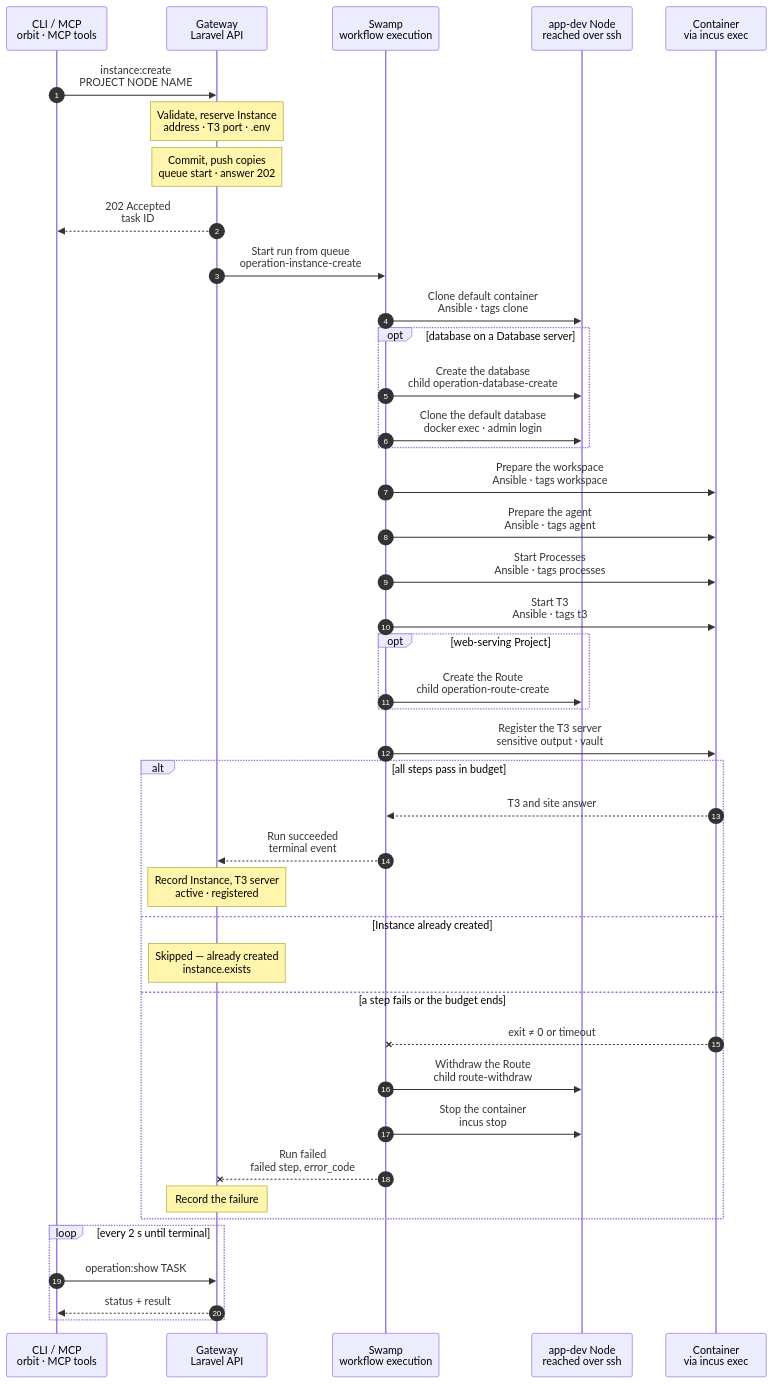
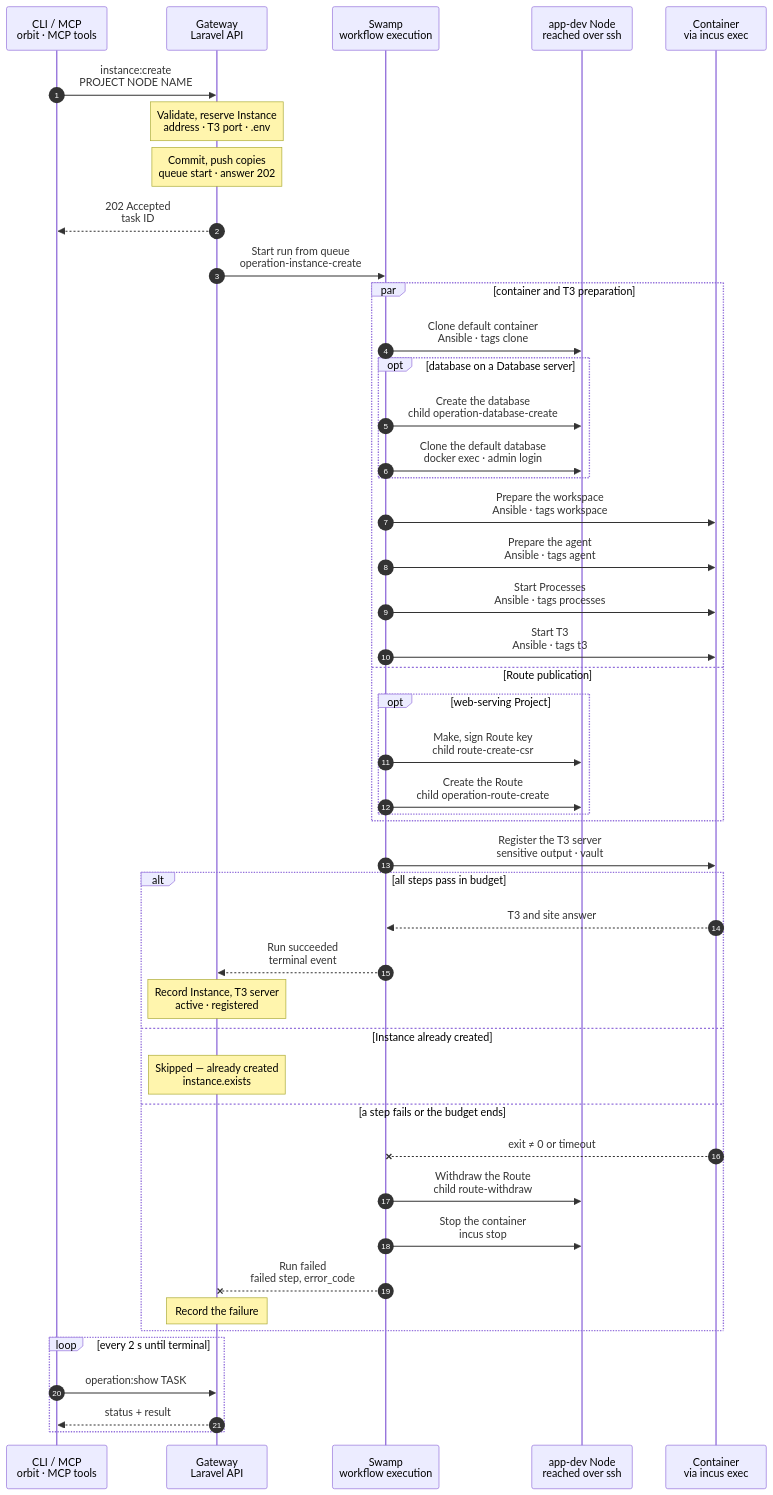
The diagram in docs/cli/instance/container/create.mmd (hardimpactdev/orbit), drawn with Mermaid before and after one commit. The commit also changed 3 other files, not shown here.

Commit message:
perf(instances): publish clone routes beside container preparation

```diff
--- a/docs/cli/instance/container/create.mmd
+++ b/docs/cli/instance/container/create.mmd
@@ -1,108 +1,114 @@
 sequenceDiagram
   %% Target design, container runtime (ADR 0250 step 3, docs/reference/development-containers.md#create): every new Instance is a ZFS clone of the Project's default Instance on its Node, with a clone of its database. Built for the Nodes of the build list. The kind and its step names follow docs/cli/instance/create.mmd; the intent's `container.clone` marks a clone. The Project's first default Instance is container/create-default.mmd; when the charts move into place, it becomes the first-default branch of this chart.
   %% status: draft
   %% command: instance:create
   %% kind: instance.create
   autonumber
   %% lane CLI icon=terminal pill=caller tone=gray
   %% lane GW icon=gateway pill=intent tone=blue
   %% lane SW icon=workflow pill=executes tone=green
   %% lane N icon=server pill=target tone=amber
   %% lane C icon=server pill=target tone=purple
   participant CLI as CLI / MCP<br/>orbit · MCP tools
   participant GW as Gateway<br/>Laravel API
   participant SW as Swamp<br/>workflow execution
   participant N as app-dev Node<br/>reached over ssh
   participant C as Container<br/>via incus exec
   CLI->>GW: instance:create<br/>PROJECT NODE NAME
   %%> Command:
   %%> - `orbit instance:create PROJECT NODE NAME`
   %%> - syntax: `<project> <node> <name> [--root=PATH] [--domain=HOST] [--branch=BRANCH] [--database-server=SLUG]`
   Note over GW: Validate, reserve Instance<br/>address · T3 port · .env
   %%> Requirements:
   %%> - the calling Node has node access to the target Node, an active `app-dev` Node
   %%> - the Project's `default` Instance runs in a container on this Node, is active and has a seed snapshot, else `instance.default_missing`
   %%> - Conn is enabled, and the model router has its guard, else `operation.kind_unavailable`
   %%> - a database on a Database server clones on the default's server; another server refuses `instance.database_clone_unsupported`
   %%> Result:
   %%> - the Instance is reserved with its runtime record: container name, bridge address, the lowest free T3 port from 3800 and the default as clone source
   %%> - `.env` is rendered from the Project's env template; it, the placeholder model key and a repository read token go to the vault
   %%> - a task is recorded with the full intent and `container.clone`
   Note over GW: Commit, push copies<br/>queue start · answer 202
   GW-->>CLI: 202 Accepted<br/>task ID
   GW->>SW: Start run from queue<br/>operation-instance-create
-  SW->>N: Clone default container<br/>Ansible · tags clone
-  %%> What it does:
-  %%> - the copy supplies the full root disk device (type, path, pool and size), whether the seed inherits it or stores it locally
-  %%> - `incus copy` of the default container's snapshot `seed-<commit>`, a ZFS clone; a stopped default needs no start
-  %%> - the copy gets its own bridge address and ACL, and the proxy device `t3`: NAT from the Node's WireGuard address and the T3 port to T3's port 3773
-  %%> - the container's ACL lets the Node's Caddy reach port 8080, WireGuard peers reach port 3773, and the container reach its database server's port
-  %%> - UFW: a route rule admits WireGuard peers to T3, below a deny for the task VM range; a rule admits the container to its database server's port
-  %%> - starts the copy: nftables, `hidepid` and the image's units start; T3 does not, because `/etc/orbit/instance` does not exist yet
-  %%> Branch:
-  %%> - fetches the Instance's branch into the Node's mirror with the read token, or creates it at the seed commit; the token stays on the Node
-  opt database on a Database server
-    SW->>N: Create the database<br/>child operation-database-create
-    %%> What it does, through the database family:
-    %%> - creates the Instance's owner and an empty database on the default's server
-    SW->>N: Clone the default database<br/>docker exec · admin login
+  par container and T3 preparation
+    SW->>N: Clone default container<br/>Ansible · tags clone
     %%> What it does:
-    %%> - PostgreSQL: refuses new connections to the default database and ends its sessions, then `CREATE DATABASE … TEMPLATE`, and gives the clone's objects to the new owner
-    %%> - a cleanup that always runs allows connections to the default database again
-    %%> - MySQL: a dump of the default database restored into the new one
-    %%> Runs beside the clone step: Swamp starts both at once.
-  end
-  SW->>C: Prepare the workspace<br/>Ansible · tags workspace
-  %%> What it does:
-  %%> - pushes the branch in as a bundle and checks it out in `/srv/workspace`; the group, setgid bits and default ACLs come with the clone
-  %%> - writes `.env` for `orbit` with group `work`; it keeps the default's `APP_KEY`, because the cloned data is encrypted with it
-  %%> No setup steps:
-  %%> - the default Instance installed the dependencies and migrated; a later lockfile change is installed in the workspace
-  SW->>C: Prepare the agent<br/>Ansible · tags agent
-  %%> What it does:
-  %%> - writes the placeholder key for `agent`, and the Claude Code and Codex settings that point at the model forwarder
-  %%> - links `~/.claude/CLAUDE.md` and `~/.codex/AGENTS.md` of `agent` to the note of the Project type
-  %%> - writes `/etc/orbit/instance`, owned by root and readable by all
-  SW->>C: Start Processes<br/>Ansible · tags processes
-  %%> What it does:
-  %%> - rewrites FrankenPHP's unit for the clone's own bridge address and restarts it as `orbit`
-  SW->>C: Start T3<br/>Ansible · tags t3
-  %%> What it does:
-  %%> - T3 starts for the first time and creates its identity; the T3 project `/srv/workspace` is added as `agent`
-  %%> Check:
-  %%> - waits up to 30 s for `/.well-known/t3/environment`, else `instance.t3_unready`
-  opt web-serving Project
-    SW->>N: Create the Route<br/>child operation-route-create
-    %%> What it adds:
-    %%> - the same steps as `route:create`, with its key and signature, then a TLS probe of the site
-    %%> - the Node's Caddy proxies the Route to FrankenPHP at the container's bridge address
+    %%> - the copy supplies the full root disk device (type, path, pool and size), whether the seed inherits it or stores it locally
+    %%> - `incus copy` of the default container's snapshot `seed-<commit>`, a ZFS clone; a stopped default needs no start
+    %%> - the copy gets its own bridge address and ACL, and the proxy device `t3`: NAT from the Node's WireGuard address and the T3 port to T3's port 3773
+    %%> - the container's ACL lets the Node's Caddy reach port 8080, WireGuard peers reach port 3773, and the container reach its database server's port
+    %%> - UFW: a route rule admits WireGuard peers to T3, below a deny for the task VM range; a rule admits the container to its database server's port
+    %%> - starts the copy: nftables, `hidepid` and the image's units start; T3 does not, because `/etc/orbit/instance` does not exist yet
+    %%> Branch:
+    %%> - fetches the Instance's branch into the Node's mirror with the read token, or creates it at the seed commit; the token stays on the Node
+    opt database on a Database server
+      SW->>N: Create the database<br/>child operation-database-create
+      %%> What it does, through the database family:
+      %%> - creates the Instance's owner and an empty database on the default's server
+      SW->>N: Clone the default database<br/>docker exec · admin login
+      %%> What it does:
+      %%> - PostgreSQL: refuses new connections to the default database and ends its sessions, then `CREATE DATABASE … TEMPLATE`, and gives the clone's objects to the new owner
+      %%> - a cleanup that always runs allows connections to the default database again
+      %%> - MySQL: a dump of the default database restored into the new one
+      %%> Runs beside the clone step: Swamp starts both at once.
+    end
+    SW->>C: Prepare the workspace<br/>Ansible · tags workspace
+    %%> What it does:
+    %%> - pushes the branch in as a bundle and checks it out in `/srv/workspace`; the group, setgid bits and default ACLs come with the clone
+    %%> - writes `.env` for `orbit` with group `work`; it keeps the default's `APP_KEY`, because the cloned data is encrypted with it
+    %%> No setup steps:
+    %%> - the default Instance installed the dependencies and migrated; a later lockfile change is installed in the workspace
+    SW->>C: Prepare the agent<br/>Ansible · tags agent
+    %%> What it does:
+    %%> - writes the placeholder key for `agent`, and the Claude Code and Codex settings that point at the model forwarder
+    %%> - links `~/.claude/CLAUDE.md` and `~/.codex/AGENTS.md` of `agent` to the note of the Project type
+    %%> - writes `/etc/orbit/instance`, owned by root and readable by all
+    SW->>C: Start Processes<br/>Ansible · tags processes
+    %%> What it does:
+    %%> - rewrites FrankenPHP's unit for the clone's own bridge address and restarts it as `orbit`
+    SW->>C: Start T3<br/>Ansible · tags t3
+    %%> What it does:
+    %%> - T3 starts for the first time and creates its identity; the T3 project `/srv/workspace` is added as `agent`
+    %%> Check:
+    %%> - waits up to 30 s for `/.well-known/t3/environment`, else `instance.t3_unready`
+  and Route publication
+    opt web-serving Project
+      SW->>N: Make, sign Route key<br/>child route-create-csr
+      SW->>N: Create the Route<br/>child operation-route-create
+      %%> What it adds:
+      %%> - the same steps as `route:create`, with the signed certificate, then a TLS handshake check; no HTTP request waits for app startup
+      %%> - the Node's Caddy proxies the Route to FrankenPHP at the container's bridge address
+      %%> - Swamp step `clone-route` waits only for `route-csr`; the admitted upstream address needs no running container
+      %%> - the prepared Route skips workspace ACL and environment writes; the container chain owns those
+    end
   end
   SW->>C: Register the T3 server<br/>sensitive output · vault
   %%> What it does:
   %%> - see container/t3-register.mmd: the sessions go to the vault, and the step checks the environment id and scopes
   alt all steps pass in budget
     C-->>SW: T3 and site answer
     SW-->>GW: Run succeeded<br/>terminal event
     Note over GW: Record Instance, T3 server<br/>active · registered
     %%> Result:
     %%> - the Instance, its runtime and its Route become active; the runtime records the default Instance it came from
     %%> - the Conn layer records the T3 server from the result; its Node is the container's Node and it names the Instance
   else Instance already created
     Note over GW: Skipped — already created<br/>instance.exists
   else a step fails or the budget ends
     C--xSW: exit ≠ 0 or timeout
     SW->>N: Withdraw the Route<br/>child route-withdraw
     %%> When:
     %%> - only when the run published it
     SW->>N: Stop the container<br/>incus stop
     %%> What stays:
     %%> - the stopped container, its database and its runtime record, marked failed; `instance:destroy` removes them
     SW--xGW: Run failed<br/>failed step, error_code
     Note over GW: Record the failure
     %%> Retry:
     %%> - run the same command again; it resumes on the same container and database
   end
   loop every 2 s until terminal
     CLI->>GW: operation:show TASK
     GW-->>CLI: status + result
   end
```
